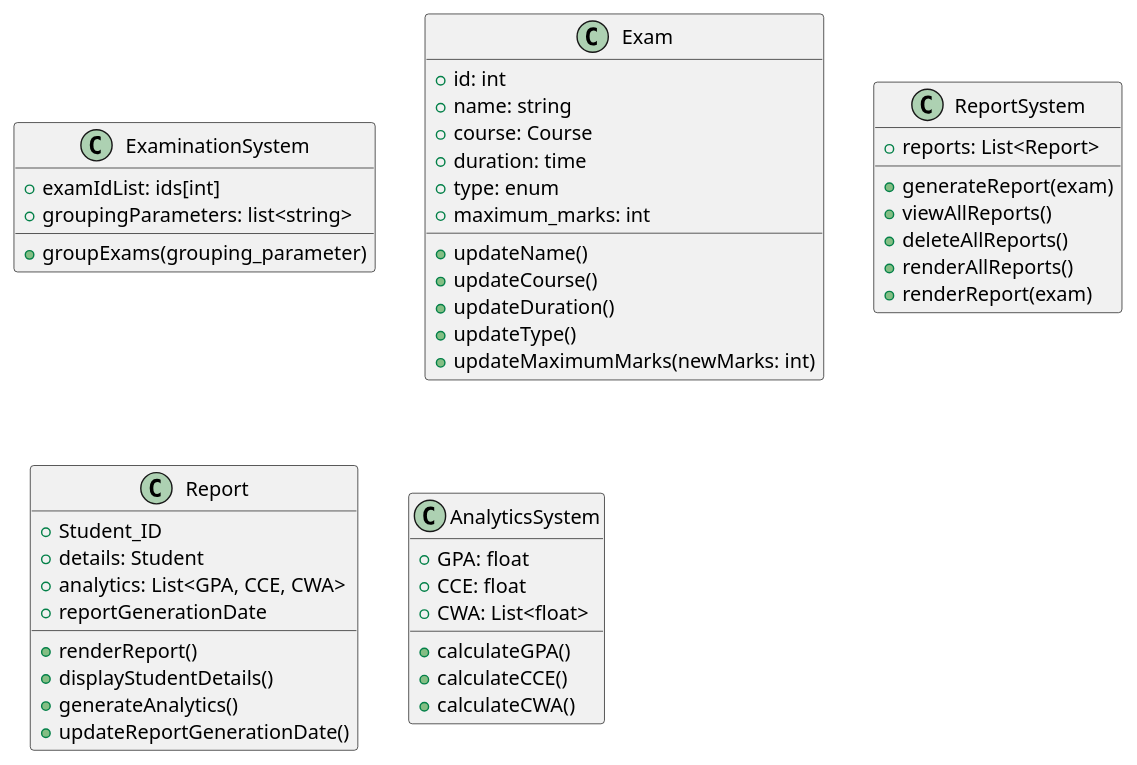
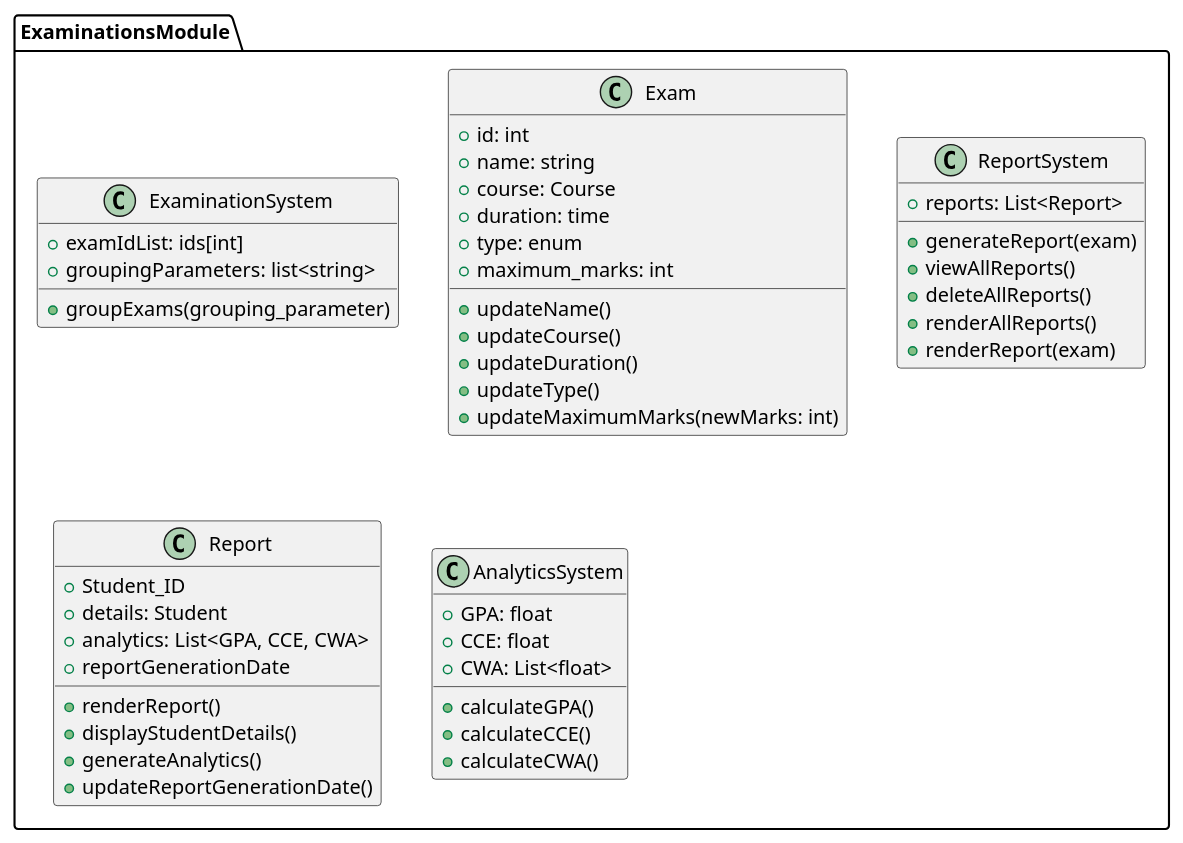
Before and after one commit to anshium/DASS-Assignment-3-IMS-System-Design: the diagram in examinations.plantuml, drawn with PlantUML. The commit also changed 9 other files, not shown here.

```diff
--- a/examinations.plantuml
+++ b/examinations.plantuml
@@ -1,59 +1,59 @@
 @startuml examinations
+package ExaminationsModule {
+	class ExaminationSystem {
+		+ examIdList: ids[int]
+		+ groupingParameters: list<string>
+		+ groupExams(grouping_parameter)
+	}
 
-class ExaminationSystem {
-	+ examIdList: ids[int]
-	+ groupingParameters: list<string>
-	+ groupExams(grouping_parameter)
-}
+	class Exam {
+		+ id: int
+		+ name: string
+		' Use the course class
+		+ course: Course
+		+ duration: time
+		+ type: enum
+		+ maximum_marks: int
 
-class Exam {
-	+ id: int
-	+ name: string
-	' Use the course class
-	+ course: Course
-	+ duration: time
-	+ type: enum
-	+ maximum_marks: int
+		+ updateName()
+		+ updateCourse()
+		+ updateDuration()
+		+ updateType()
+		+ updateMaximumMarks(newMarks: int)
+	}
 
-	+ updateName()
-	+ updateCourse()
-	+ updateDuration()
-	+ updateType()
-	+ updateMaximumMarks(newMarks: int)
-}
-
-class ReportSystem {
-	+ reports: List<Report>
+	class ReportSystem {
+		+ reports: List<Report>
 
 
-	+ generateReport(exam)
-	+ viewAllReports()
-	+ deleteAllReports()
-	+ renderAllReports()
-	+ renderReport(exam)
+		+ generateReport(exam)
+		+ viewAllReports()
+		+ deleteAllReports()
+		+ renderAllReports()
+		+ renderReport(exam)
+	}
+
+	class Report {
+		+ Student_ID
+		+ details: Student
+		+ analytics: List<GPA, CCE, CWA>
+		+ reportGenerationDate
+
+		'Would get the details via student ID'
+		+ renderReport()
+		+ displayStudentDetails()
+		+ generateAnalytics()
+		+ updateReportGenerationDate()
+	}
+
+	class AnalyticsSystem {
+		+ GPA: float 
+		+ CCE: float
+		+ CWA: List<float>
+
+		+ calculateGPA()
+		+ calculateCCE()
+		+ calculateCWA()
+	}
 }
-
-class Report {
-	+ Student_ID
-	+ details: Student
-	+ analytics: List<GPA, CCE, CWA>
-	+ reportGenerationDate
-
-	'Would get the details via student ID'
-	+ renderReport()
-	+ displayStudentDetails()
-	+ generateAnalytics()
-	+ updateReportGenerationDate()
-}
-
-class AnalyticsSystem {
-	+ GPA: float 
-	+ CCE: float
-	+ CWA: List<float>
-
-	+ calculateGPA()
-	+ calculateCCE()
-	+ calculateCWA()
-}
-
 @enduml
```
